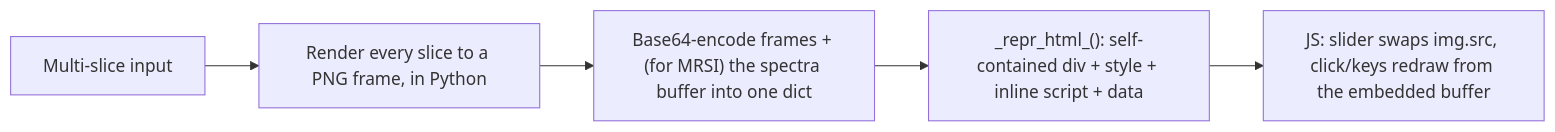
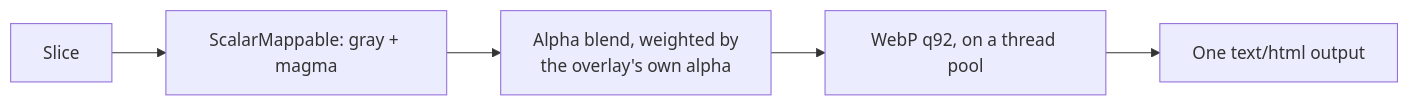
The diagram in docs/diary/2026-08-14-anywidget-slice-viewer.md (bastigw/mnutils), drawn with Mermaid before and after one commit. The commit also changed other lines of this file, not shown here.

First line of the commit message:
docs: reconcile diary entry for anywidget slice-viewer

````diff
--- a/docs/diary/2026-08-14-anywidget-slice-viewer.md
+++ b/docs/diary/2026-08-14-anywidget-slice-viewer.md
@@ -46,8 +54,8 @@
 ```{mermaid}
 %%{init: {'flowchart': {'htmlLabels': false}}}%%
 flowchart LR
-    A["Multi-slice input"] --> B["Render every slice to a PNG frame, in Python"]
-    B --> C["Base64-encode frames + (for MRSI) the spectra buffer into one dict"]
-    C --> D["_repr_html_(): self-contained div + style + inline script + data"]
-    D --> E["JS: slider swaps img.src, click/keys redraw from the embedded buffer"]
+    A["Slice"] --> B["ScalarMappable: gray + magma"]
+    B --> C["Alpha blend, weighted by<br>the overlay's own alpha"]
+    C --> D["WebP q92, on a thread pool"]
+    D --> E["One text/html output"]
 ```
````
